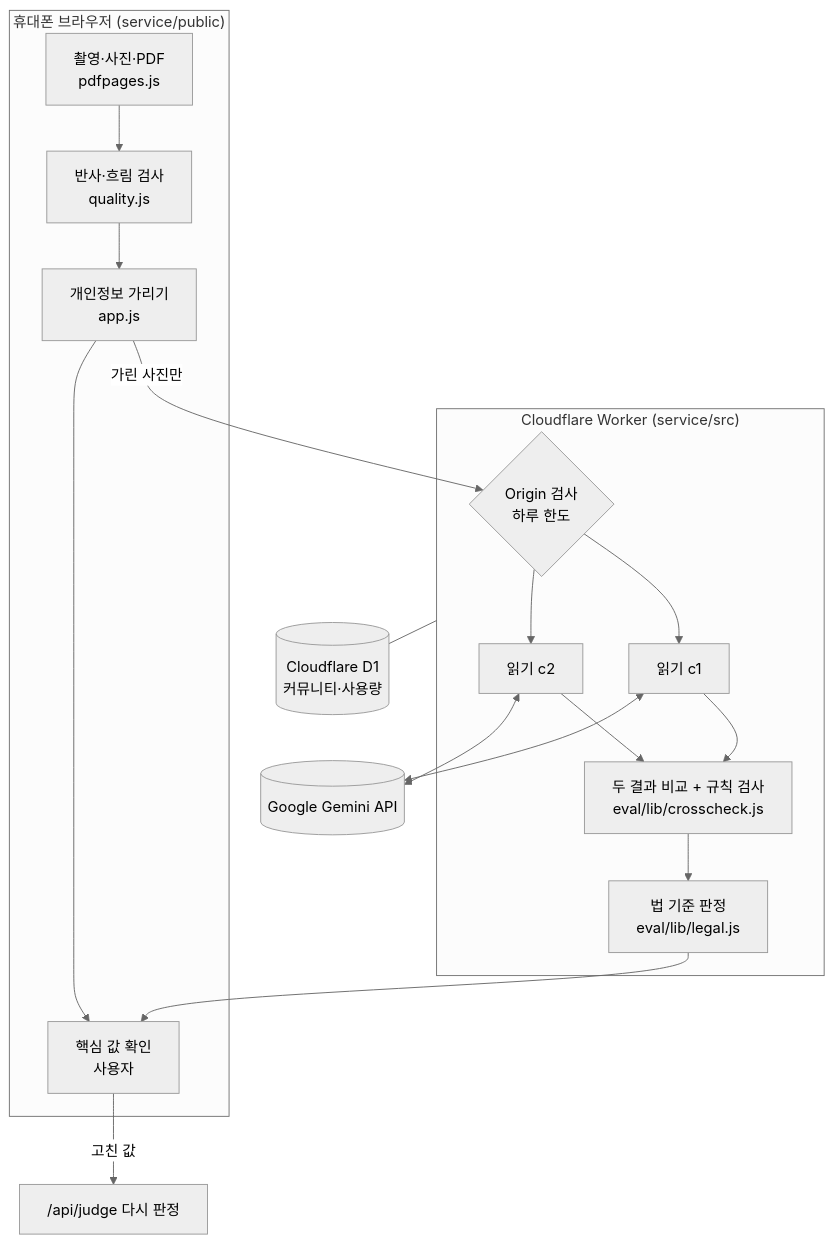
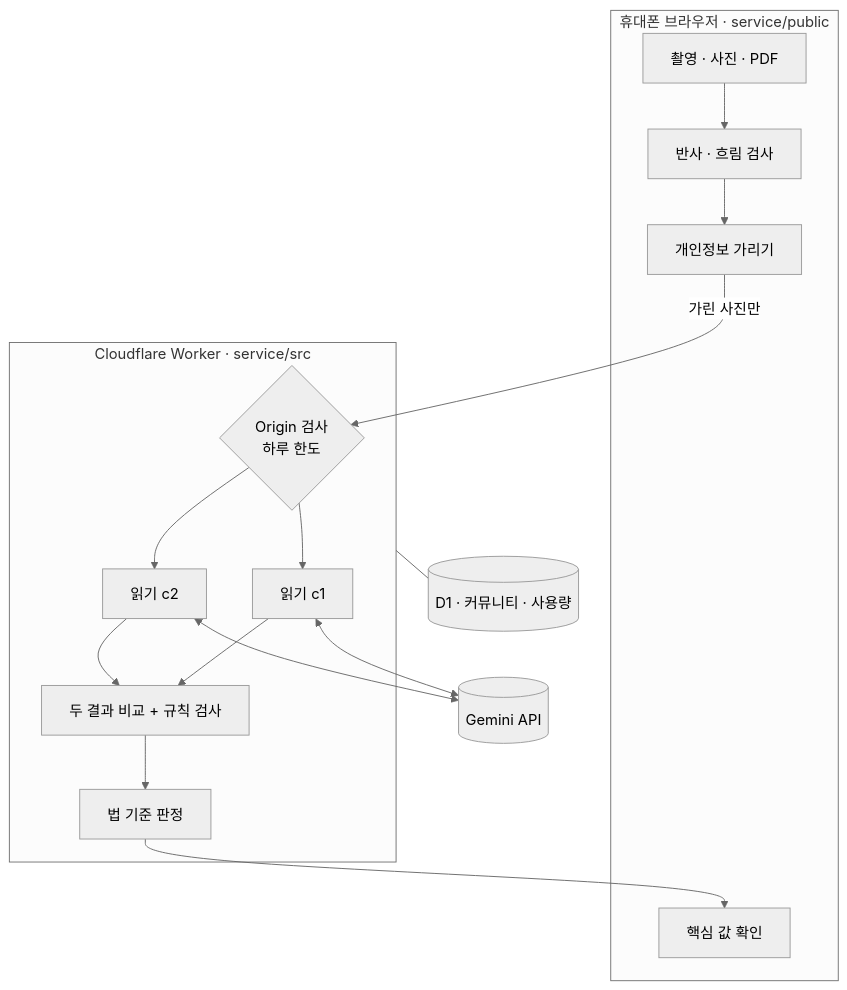
Before and after one commit to zipry123-debug/contract-check: the diagram in README.md, drawn with Mermaid (neutral theme). The commit also changed other lines of this file, not shown here.

````diff
--- a/README.md
+++ b/README.md
@@ -23,24 +61,23 @@
 ```mermaid
 flowchart TB
-  subgraph Phone["휴대폰 브라우저 (service/public)"]
-    A["촬영·사진·PDF<br/>pdfpages.js"] --> B["반사·흐림 검사<br/>quality.js"]
-    B --> C["개인정보 가리기<br/>app.js"]
-    C --> V["핵심 값 확인<br/>사용자"]
+  subgraph Phone["휴대폰 브라우저 · service/public"]
+    A["촬영 · 사진 · PDF"] --> B["반사 · 흐림 검사"]
+    B --> C["개인정보 가리기"]
+    V["핵심 값 확인"]
   end
-  subgraph Worker["Cloudflare Worker (service/src)"]
+  subgraph Worker["Cloudflare Worker · service/src"]
     O{"Origin 검사<br/>하루 한도"}
     O --> R1["읽기 c2"]
     O --> R2["읽기 c1"]
-    R1 --> X["두 결과 비교 + 규칙 검사<br/>eval/lib/crosscheck.js"]
+    R1 --> X["두 결과 비교 + 규칙 검사"]
     R2 --> X
-    X --> J["법 기준 판정<br/>eval/lib/legal.js"]
+    X --> J["법 기준 판정"]
   end
-  G[("Google Gemini API")]
-  D[("Cloudflare D1<br/>커뮤니티·사용량")]
+  G[("Gemini API")]
+  D[("D1 · 커뮤니티 · 사용량")]
   C -- "가린 사진만" --> O
   R1 <--> G
   R2 <--> G
   J --> V
-  V -- "고친 값" --> J2["/api/judge 다시 판정"]
   Worker --- D
 ```
````
